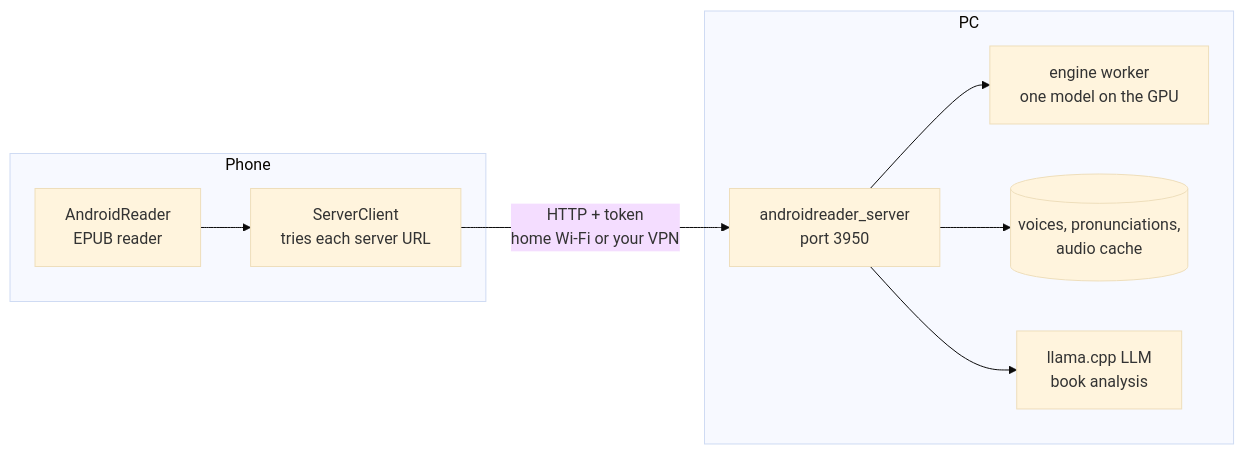
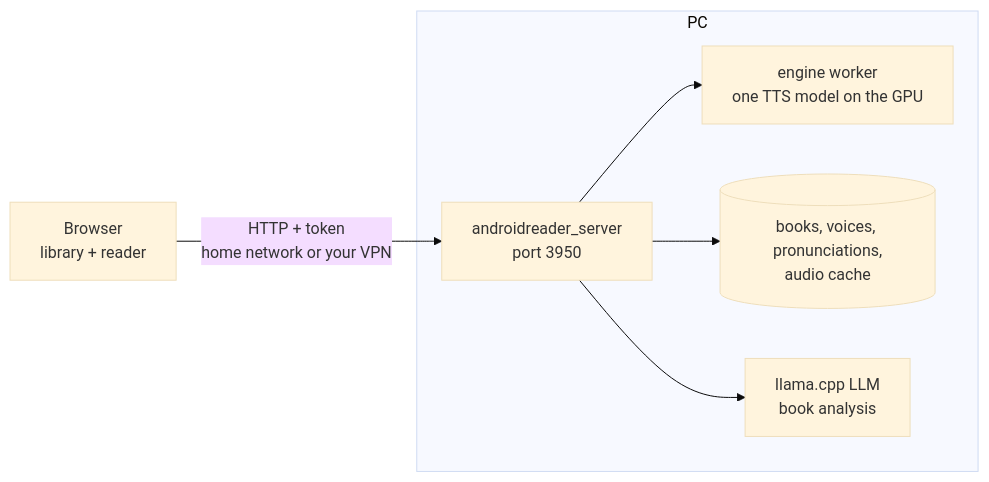
The diagram in README.md (0xbad1d3a5/ElvenReader), drawn with Mermaid (base theme) before and after one commit. The commit also changed other lines of this file, not shown here.

First line of the commit message:
Rewrite the README for the server and website

````diff
--- a/README.md
+++ b/README.md
@@ -14,12 +15,9 @@
 ```mermaid
 flowchart LR
-    subgraph Phone
-      R[AndroidReader<br/>EPUB reader] --> C[ServerClient<br/>tries each server URL]
-    end
-    C -- "HTTP + token<br/>home Wi-Fi or your VPN" --> S
+    B[Browser<br/>library + reader] -- "HTTP + token<br/>home network or your VPN" --> S
     subgraph PC
-      S[androidreader_server<br/>port 3950] --> W[engine worker<br/>one model on the GPU]
-      S --> V[(voices, pronunciations,<br/>audio cache)]
+      S[androidreader_server<br/>port 3950] --> W[engine worker<br/>one TTS model on the GPU]
+      S --> V[(books, voices, pronunciations,<br/>audio cache)]
       S --> L[llama.cpp LLM<br/>book analysis]
     end
 ```
````
